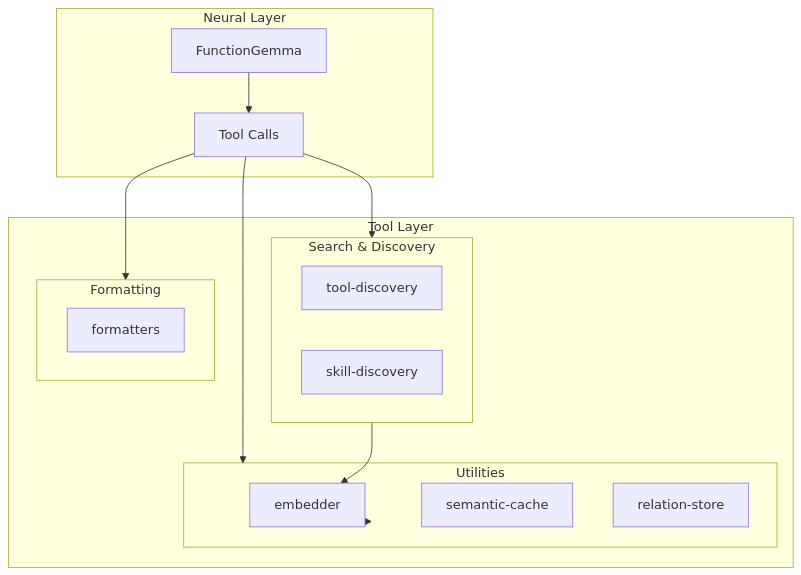
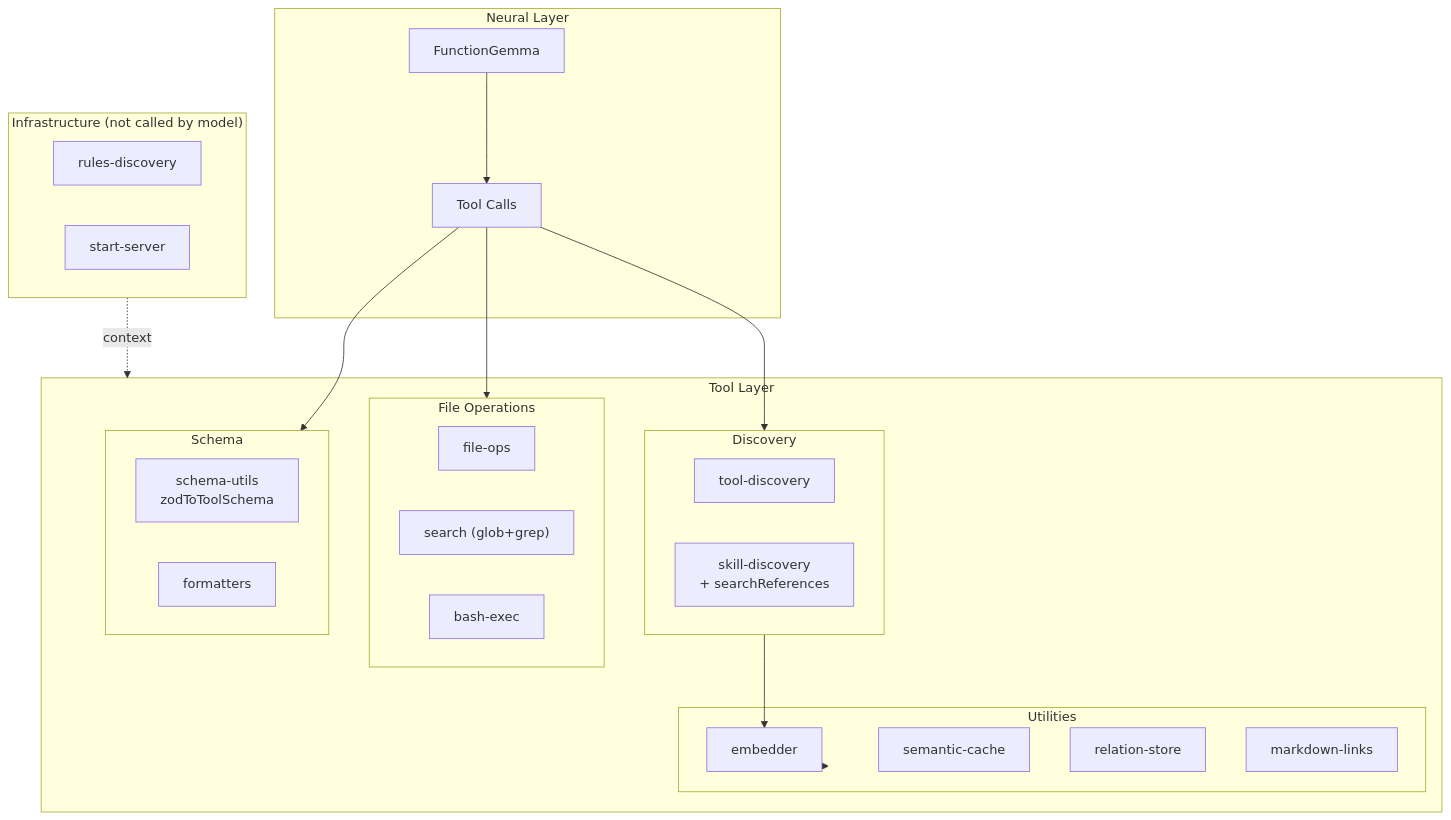
Before and after one commit to plaited/plaited: the diagram in .claude/skills/loom/references/weaving/tool-layer.md, drawn with Mermaid. The commit also changed other lines of this file and 2 other files, not shown here.

First line of the commit message:
feat(agent): add rules-discovery with three-tier progressive loading

````diff
--- a/.claude/skills/loom/references/weaving/tool-layer.md
+++ b/.claude/skills/loom/references/weaving/tool-layer.md
@@ -9,31 +9,45 @@
 ```mermaid
 flowchart TB
     subgraph Neural["Neural Layer"]
         Model["FunctionGemma"]
         Calls["Tool Calls"]
         Model --> Calls
     end
 
     subgraph Tool["Tool Layer"]
-        subgraph Search["Search & Discovery"]
+        subgraph Discovery["Discovery"]
             ToolDisc["tool-discovery"]
-            SkillDisc["skill-discovery"]
+            SkillDisc["skill-discovery<br/>+ searchReferences"]
         end
 
         subgraph Utils["Utilities"]
             Embedder["embedder"]
             Cache["semantic-cache"]
             Relations["relation-store"]
+            MdLinks["markdown-links"]
         end
 
-        subgraph Format["Formatting"]
+        subgraph FileTools["File Operations"]
+            FileOps["file-ops"]
+            Search["search (glob+grep)"]
+            BashExec["bash-exec"]
+        end
+
+        subgraph Schema["Schema"]
+            SchemaUtils["schema-utils<br/>zodToToolSchema"]
             Formatters["formatters"]
         end
     end
 
-    Calls --> Search
-    Calls --> Utils
-    Calls --> Format
-    Search --> Embedder
+    subgraph Infra["Infrastructure (not called by model)"]
+        RulesDisc["rules-discovery"]
+        StartServer["start-server"]
+    end
+
+    Calls --> Discovery
+    Calls --> FileTools
+    Calls --> Schema
+    Discovery --> Embedder
     Utils --> Embedder
+    Infra -.->|"context"| Tool
 ```
````
